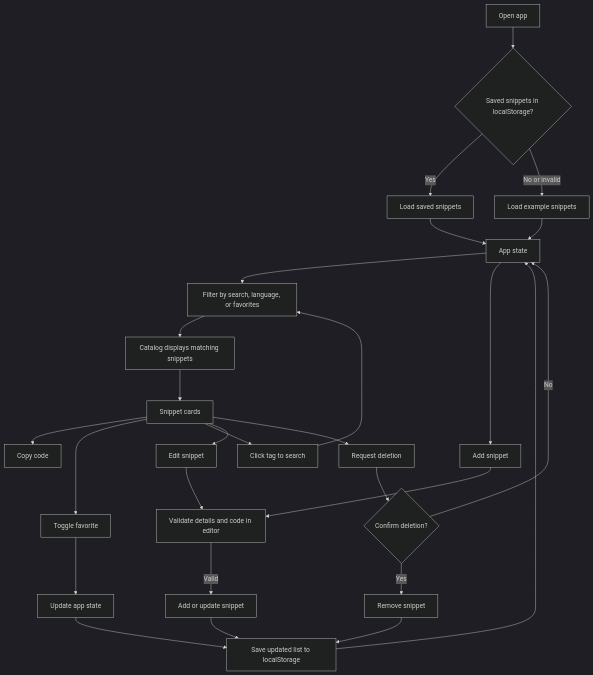
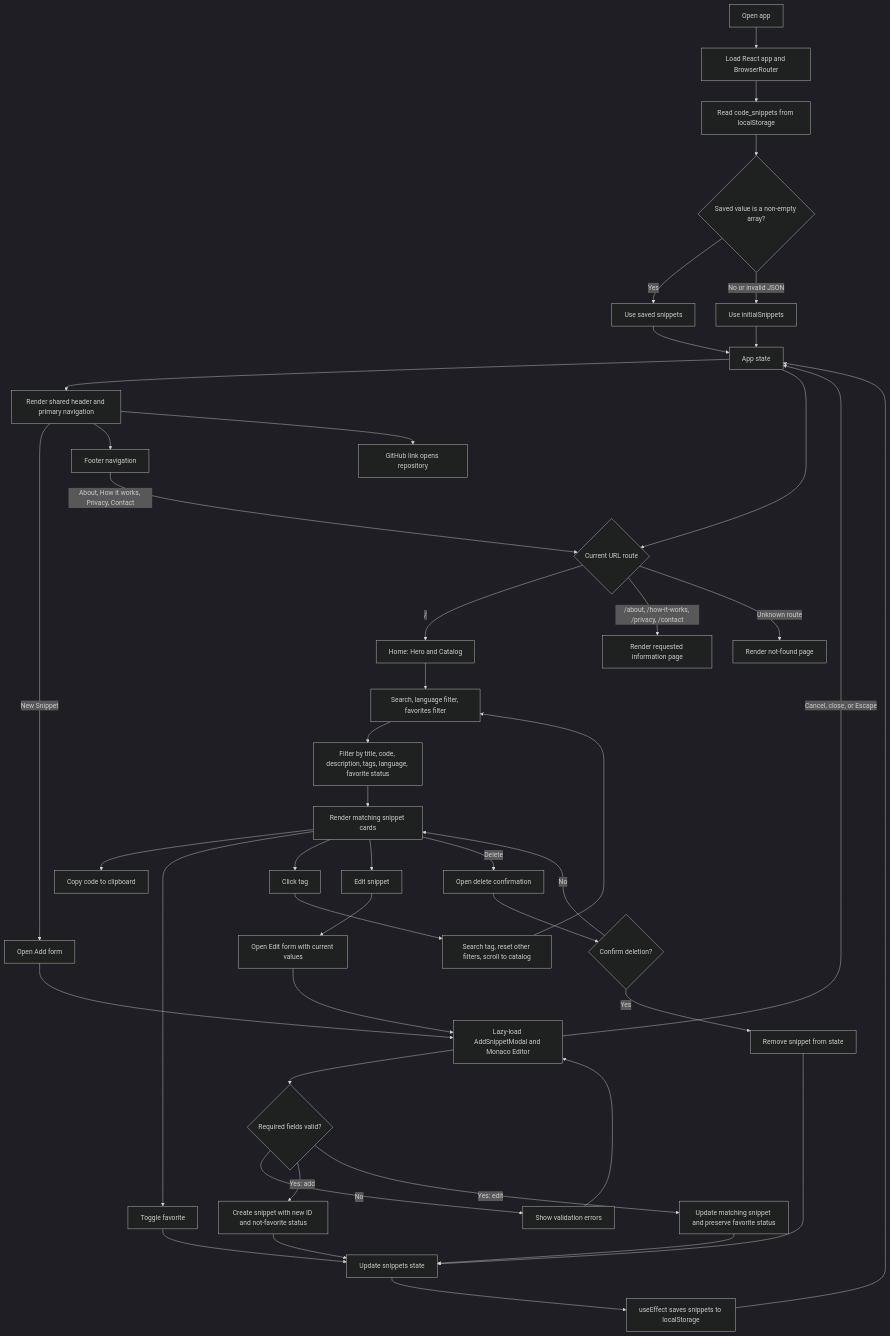
One commit to gvxhrgi/codesnippet-hub changed the diagram in README.md. Above: the diagram before and after it, drawn with Mermaid (dark theme). The commit also changed other lines of this file and 26 other files, not shown here.

Commit message:
Footer and Monaco Editor

````diff
--- a/README.md
+++ b/README.md
@@ -7,29 +72,47 @@
 ```mermaid
 flowchart TD
-	A[Open app] --> B{Saved snippets in localStorage?}
-	B -->|Yes| C[Load saved snippets]
-	B -->|No or invalid| D[Load example snippets]
-	C --> E[App state]
-	D --> E
-	E --> F[Filter by search, language, or favorites]
-	F --> G[Catalog displays matching snippets]
-	G --> H[Snippet cards]
-	H --> I[Copy code]
-	H --> J[Toggle favorite]
-	H --> K[Click tag to search]
-	H --> L[Edit snippet]
-	H --> M[Request deletion]
-	E --> N[Add snippet]
-	N --> O[Validate details and code in editor]
-	O -->|Valid| P[Add or update snippet]
-	M --> Q{Confirm deletion?}
-	Q -->|Yes| R[Remove snippet]
-	Q -->|No| E
-	J --> S[Update app state]
-	K --> F
-	L --> O
-	P --> T[Save updated list to localStorage]
-	R --> T
-	S --> T
-	T --> E
+  A[Open app] --> B[Load React app and BrowserRouter]
+  B --> C[Read code_snippets from localStorage]
+  C --> D{Saved value is a non-empty array?}
+  D -->|Yes| E[Use saved snippets]
+  D -->|No or invalid JSON| F[Use initialSnippets]
+  E --> G[App state]
+  F --> G
+  G --> H[Render shared header and primary navigation]
+  G --> I{Current URL route}
+  I -->|/| J[Home: Hero and Catalog]
+  I -->|/about, /how-it-works, /privacy, /contact| K[Render requested information page]
+  I -->|Unknown route| L[Render not-found page]
+  J --> M[Search, language filter, favorites filter]
+  M --> N[Filter by title, code, description, tags, language, favorite status]
+  N --> O[Render matching snippet cards]
+  O --> P[Copy code to clipboard]
+  O --> Q[Toggle favorite]
+  O --> R[Click tag]
+  R --> S[Search tag, reset other filters, scroll to catalog]
+  S --> M
+  O --> T[Edit snippet]
+  H -->|New Snippet| U[Open Add form]
+  T --> V[Open Edit form with current values]
+  U --> W[Lazy-load AddSnippetModal and Monaco Editor]
+  V --> W
+  W -->|Cancel, close, or Escape| G
+  W --> X{Required fields valid?}
+  X -->|No| Y[Show validation errors]
+  Y --> W
+  X -->|Yes: add| Z[Create snippet with new ID and not-favorite status]
+  X -->|Yes: edit| AA[Update matching snippet and preserve favorite status]
+  Z --> AB[Update snippets state]
+  AA --> AB
+  O -->|Delete| AC[Open delete confirmation]
+  AC --> AD{Confirm deletion?}
+  AD -->|Yes| AE[Remove snippet from state]
+  AD -->|No| O
+  Q --> AB
+  AE --> AB
+  AB --> AF[useEffect saves snippets to localStorage]
+  AF --> G
+  H --> AG[Footer navigation]
+  AG -->|About, How it works, Privacy, Contact| I
+  H --> AH[GitHub link opens repository]
 ```
````
